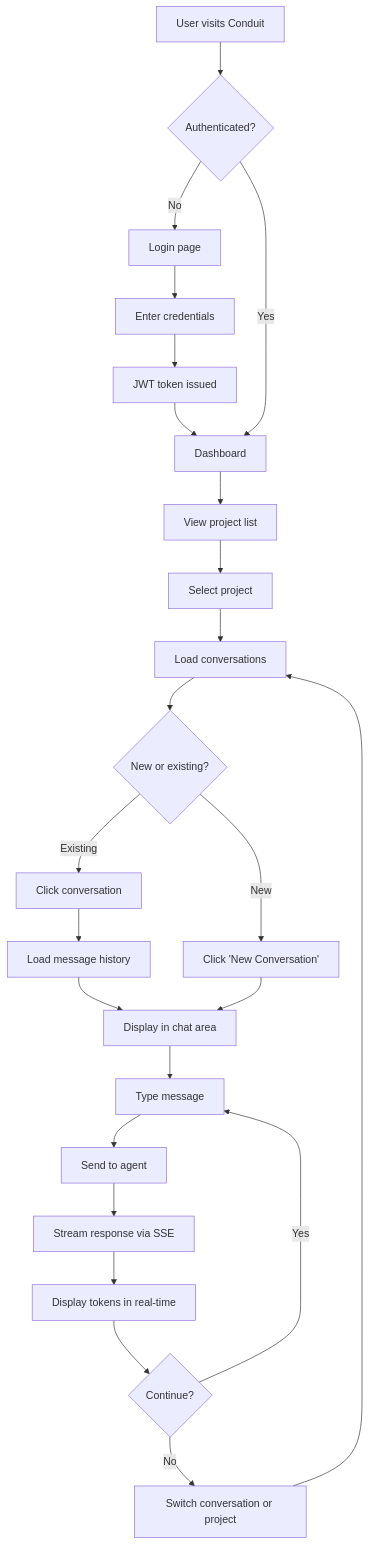
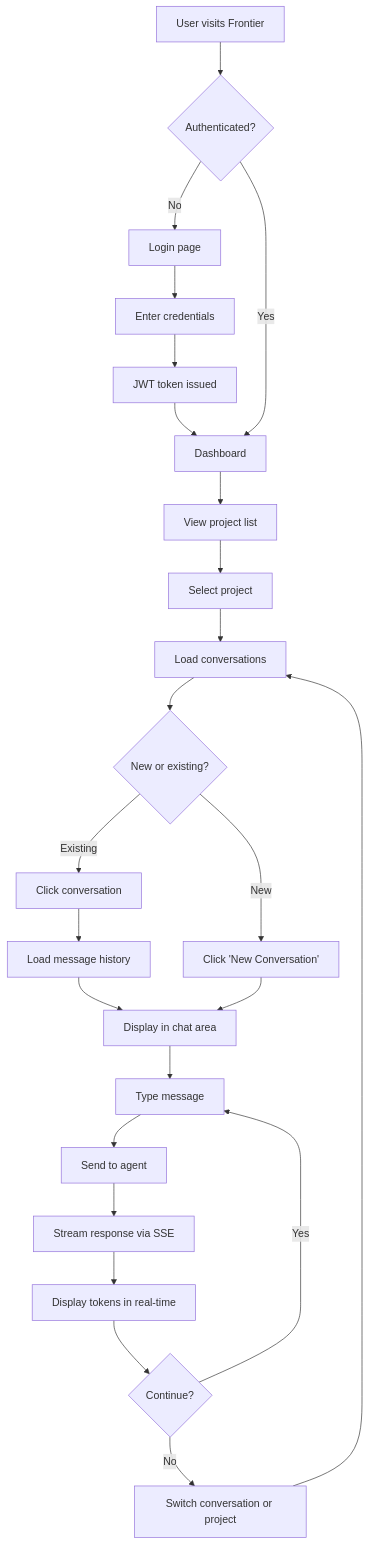
Before and after one commit to sweiyang/frontier: the first of 6 diagrams in docs/prd/05-user-journeys.md, drawn with Mermaid. The commit also changed other lines of this file and 60 other files, not shown here.

````diff
--- a/docs/prd/05-user-journeys.md
+++ b/docs/prd/05-user-journeys.md
@@ -27,31 +27,31 @@
 ```mermaid
 flowchart TD
-    A[User visits Conduit] --> B{Authenticated?}
+    A[User visits Frontier] --> B{Authenticated?}
     B -->|No| C[Login page]
     C --> D[Enter credentials]
     D --> E[JWT token issued]
     E --> F[Dashboard]
     B -->|Yes| F
 
     F --> G[View project list]
     G --> H[Select project]
     H --> I[Load conversations]
     I --> J{New or existing?}
 
     J -->|Existing| K[Click conversation]
     K --> L[Load message history]
     L --> M[Display in chat area]
 
     J -->|New| N[Click 'New Conversation']
     N --> M
 
     M --> O[Type message]
     O --> P[Send to agent]
     P --> Q[Stream response via SSE]
     Q --> R[Display tokens in real-time]
     R --> S{Continue?}
 
     S -->|Yes| O
     S -->|No| T[Switch conversation or project]
     T --> I
 ```
````
